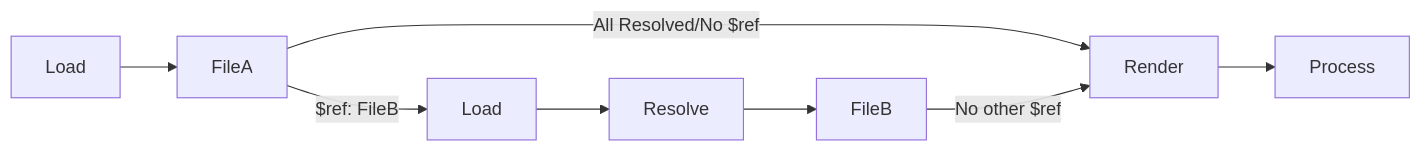
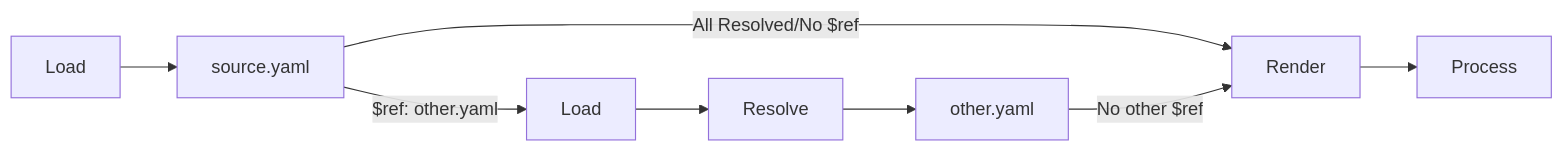
The second of 2 diagrams in README.md (eventuallyconsultant/codegenr), drawn with Mermaid before and after one commit. The commit also changed other lines of this file, not shown here.

````diff
--- a/README.md
+++ b/README.md
@@ -120,11 +152,11 @@
 ```mermaid
 flowchart LR
   L[Load] --> F
-  F[FileA] --> |All Resolved/No $ref| Rend
-  F --> |$ref: FileB| L2
+  F[source.yaml] --> |All Resolved/No $ref| Rend
+  F --> |$ref: other.yaml| L2
   Res[Resolve] --> F2
-  F2[FileB] --> |No other $ref| Rend
+  F2[other.yaml] --> |No other $ref| Rend
   L2[Load] --> Res
   Rend[Render] --> PP
   PP[Process]
 ```
````
